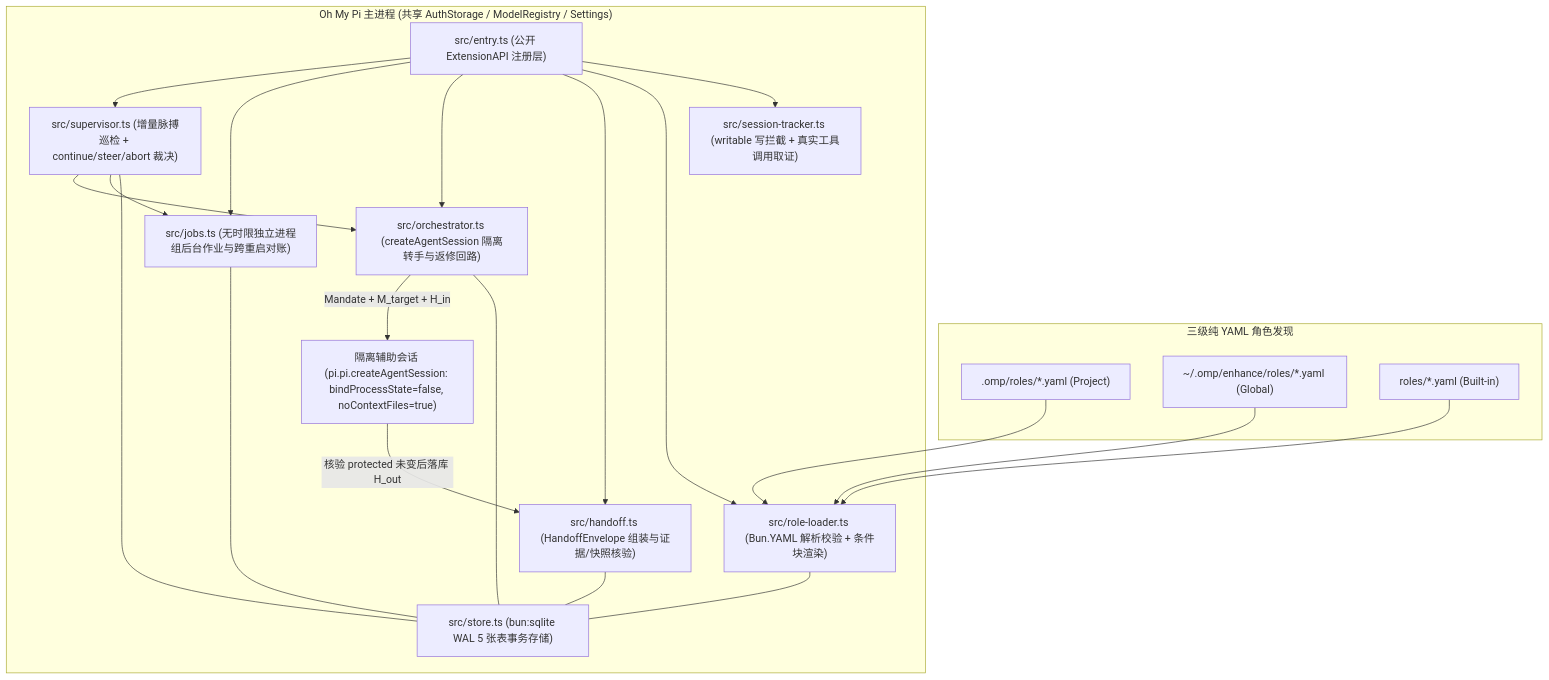
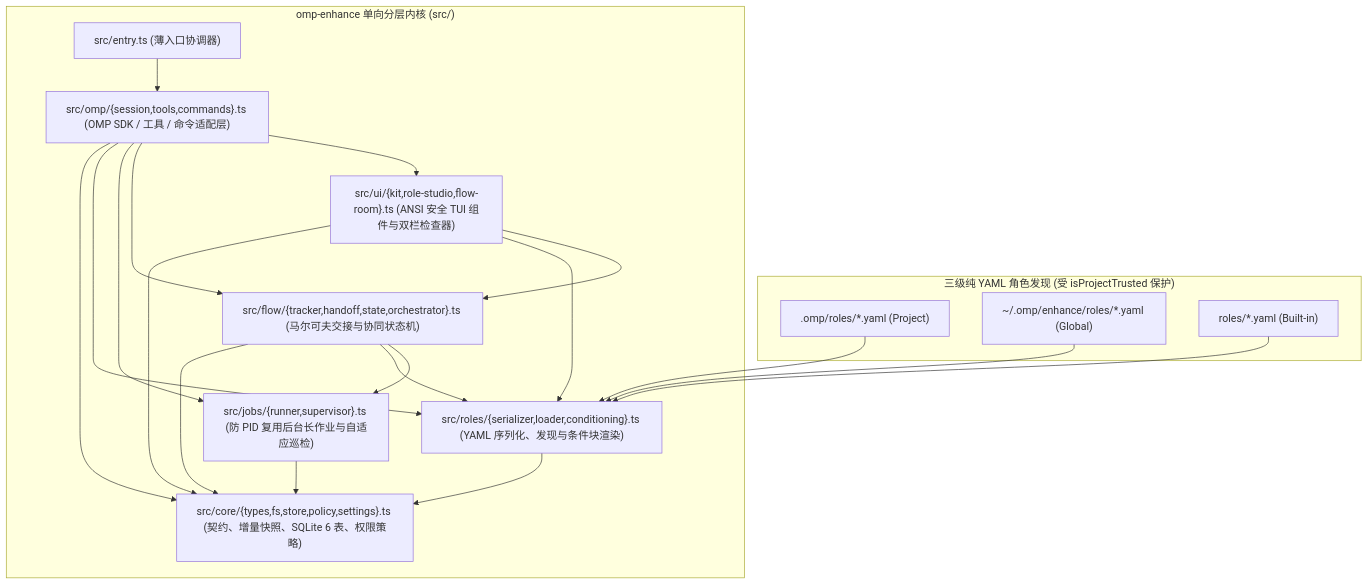
Before and after one commit to HugeKangroo/omp-enhance: the diagram in docs/architecture.md, drawn with Mermaid. The commit also changed other lines of this file and 46 other files, not shown here.

````diff
--- a/docs/architecture.md
+++ b/docs/architecture.md
@@ -22,39 +24,36 @@
 ```mermaid
 flowchart TB
-    subgraph Discovery["三级纯 YAML 角色发现"]
+    subgraph Discovery["三级纯 YAML 角色发现 (受 isProjectTrusted 保护)"]
         P[".omp/roles/*.yaml (Project)"]
         G["~/.omp/enhance/roles/*.yaml (Global)"]
         B["roles/*.yaml (Built-in)"]
     end
 
-    subgraph OMPHost["Oh My Pi 主进程 (共享 AuthStorage / ModelRegistry / Settings)"]
-        Entry["src/entry.ts (公开 ExtensionAPI 注册层)"]
-        Tracker["src/session-tracker.ts (writable 写拦截 + 真实工具调用取证)"]
-        Loader["src/role-loader.ts (Bun.YAML 解析校验 + 条件块渲染)"]
-        Handoff["src/handoff.ts (HandoffEnvelope 组装与证据/快照核验)"]
-        Orch["src/orchestrator.ts (createAgentSession 隔离转手与返修回路)"]
-        Jobs["src/jobs.ts (无时限独立进程组后台作业与跨重启对账)"]
-        Sup["src/supervisor.ts (增量脉搏巡检 + continue/steer/abort 裁决)"]
-        Store["src/store.ts (bun:sqlite WAL 5 张表事务存储)"]
-        Child["隔离辅助会话 (pi.pi.createAgentSession: bindProcessState=false, noContextFiles=true)"]
+    subgraph Layers["omp-enhance 单向分层内核 (src/)"]
+        Entry["src/entry.ts (薄入口协调器)"]
+        OMP["src/omp/{session,tools,commands}.ts (OMP SDK / 工具 / 命令适配层)"]
+        UI["src/ui/{kit,role-studio,flow-room}.ts (ANSI 安全 TUI 组件与双栏检查器)"]
+        Flow["src/flow/{tracker,handoff,state,orchestrator}.ts (马尔可夫交接与协同状态机)"]
+        Jobs["src/jobs/{runner,supervisor}.ts (防 PID 复用后台长作业与自适应巡检)"]
+        Roles["src/roles/{serializer,loader,conditioning}.ts (YAML 序列化、发现与条件块渲染)"]
+        Core["src/core/{types,fs,store,policy,settings}.ts (契约、增量快照、SQLite 6 表、权限策略)"]
     end
 
-    P --> Loader
-    G --> Loader
-    B --> Loader
-    Entry --> Tracker
-    Entry --> Loader
-    Entry --> Handoff
-    Entry --> Orch
-    Entry --> Jobs
-    Entry --> Sup
-    Sup --- Store
-    Sup --> Jobs
-    Sup --> Orch
-    Loader --- Store
-    Handoff --- Store
-    Orch --- Store
-    Jobs --- Store
-    Orch -->|"Mandate + M_target + H_in"| Child
-    Child -->|"核验 protected 未变后落库 H_out"| Handoff
+    P --> Roles
+    G --> Roles
+    B --> Roles
+    Entry --> OMP
+    OMP --> UI
+    OMP --> Flow
+    OMP --> Jobs
+    OMP --> Roles
+    OMP --> Core
+    UI --> Flow
+    UI --> Roles
+    UI --> Core
+    Flow --> Jobs
+    Flow --> Roles
+    Flow --> Core
+    Jobs --> Core
+    Roles --> Core
 ```
````
